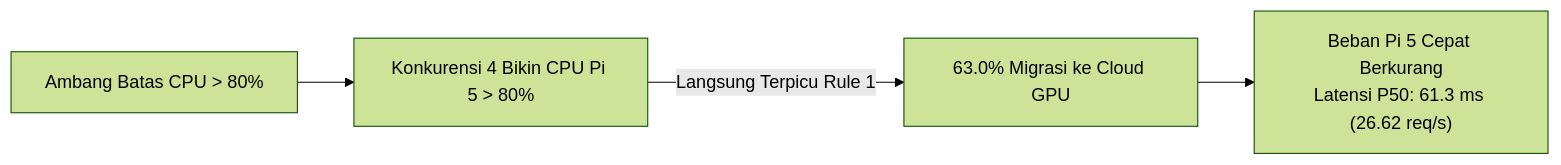
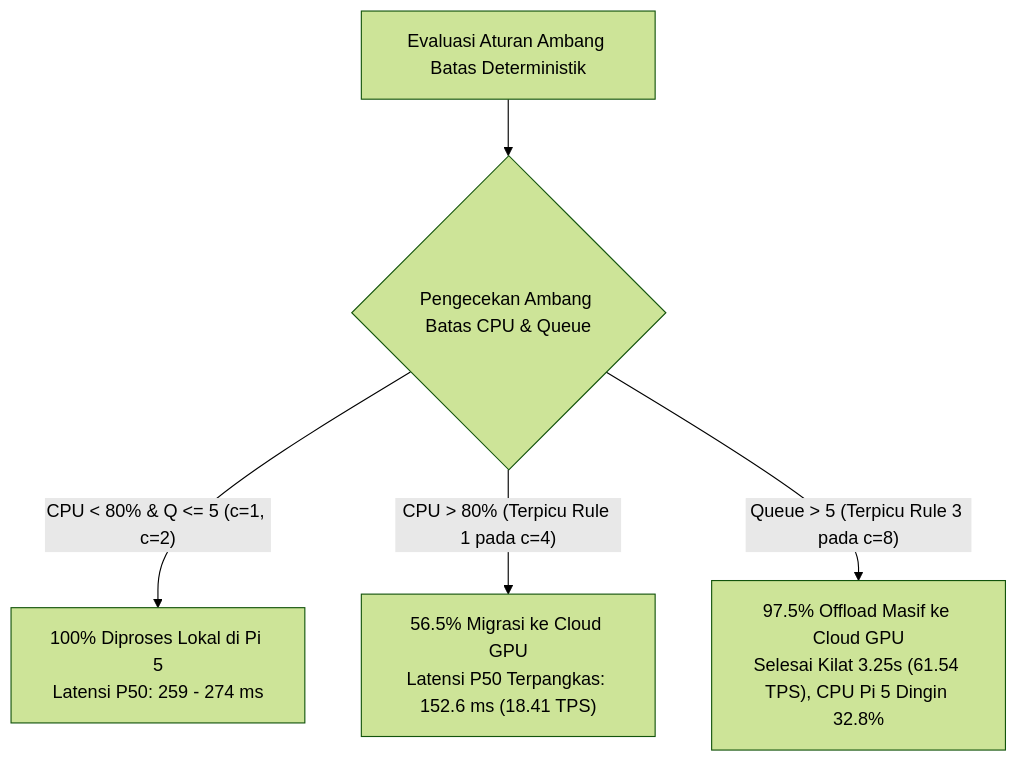
Before and after one commit to executeid/penlok: the second of 2 diagrams in BENCHMARK_COMPARISON_XGB_VS_RULE.md, drawn with Mermaid (forest theme). The commit also changed other lines of this file, not shown here.

````diff
--- a/BENCHMARK_COMPARISON_XGB_VS_RULE.md
+++ b/BENCHMARK_COMPARISON_XGB_VS_RULE.md
@@ -106,6 +66,7 @@
 ```mermaid
-flowchart LR
-    R1["Ambang Batas CPU > 80%"] --> R2["Konkurensi 4 Bikin CPU Pi 5 > 80%"]
-    R2 -->|"Langsung Terpicu Rule 1"| R3["63.0% Migrasi ke Cloud GPU"]
-    R3 --> R4["Beban Pi 5 Cepat Berkurang\nLatensi P50: 61.3 ms (26.62 req/s)"]
+flowchart TD
+    R1["Evaluasi Aturan Ambang Batas Deterministik"] --> R2{"Pengecekan Ambang Batas CPU & Queue"}
+    R2 -->|"CPU < 80% & Q <= 5 (c=1, c=2)"| R3["100% Diproses Lokal di Pi 5\nLatensi P50: 259 - 274 ms"]
+    R2 -->|"CPU > 80% (Terpicu Rule 1 pada c=4)"| R4["56.5% Migrasi ke Cloud GPU\nLatensi P50 Terpangkas: 152.6 ms (18.41 TPS)"]
+    R2 -->|"Queue > 5 (Terpicu Rule 3 pada c=8)"| R5["97.5% Offload Masif ke Cloud GPU\nSelesai Kilat 3.25s (61.54 TPS), CPU Pi 5 Dingin 32.8%"]
 ```
````
